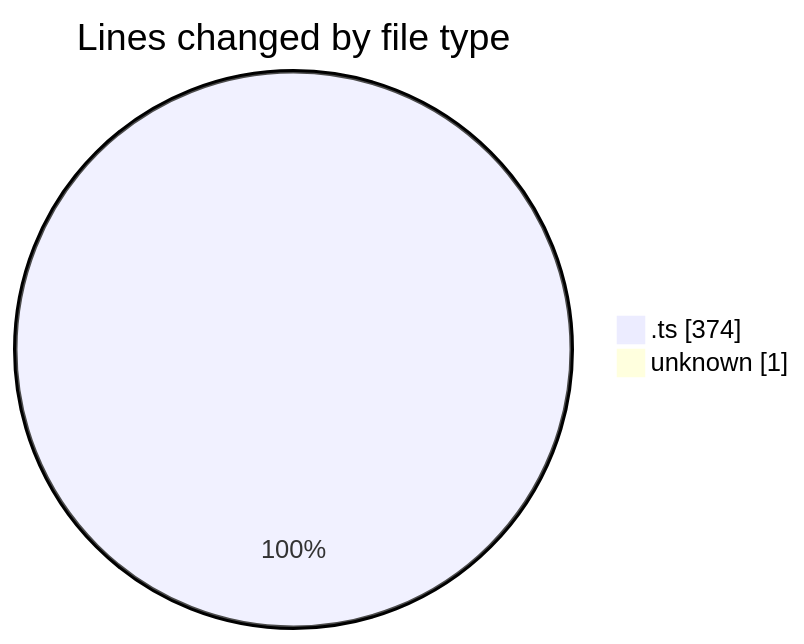
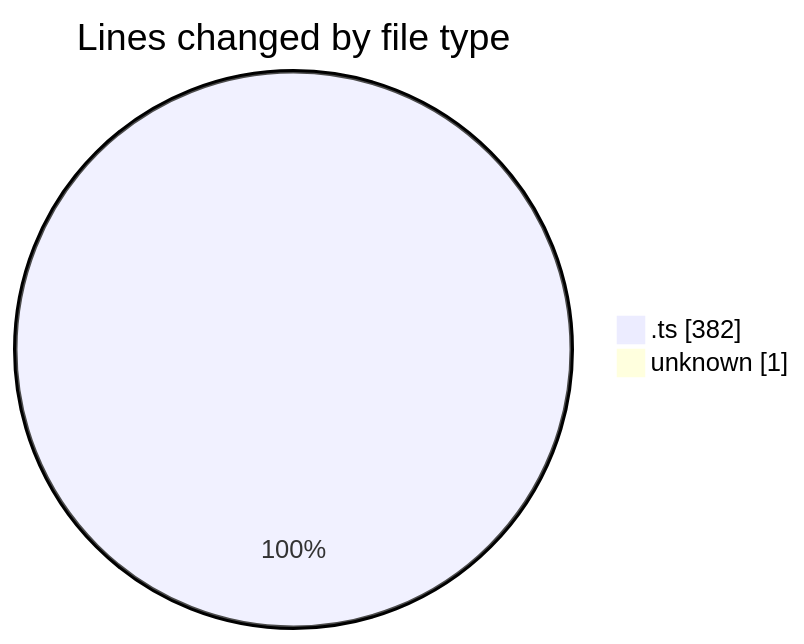
One commit to robertbonfada/code-tracking changed the first of 2 diagrams in 2025-02-17/mbc-web/README.md. Above: the diagram before and after it, drawn with Mermaid. The commit also changed other lines of this file and 1 other file, not shown here.

````diff
--- a/2025-02-17/mbc-web/README.md
+++ b/2025-02-17/mbc-web/README.md
@@ -24,6 +24,6 @@
 ```mermaid
 pie showData
 title Lines changed by file type
-".ts" : 374
+".ts" : 382
 "unknown" : 1
 ```
````
